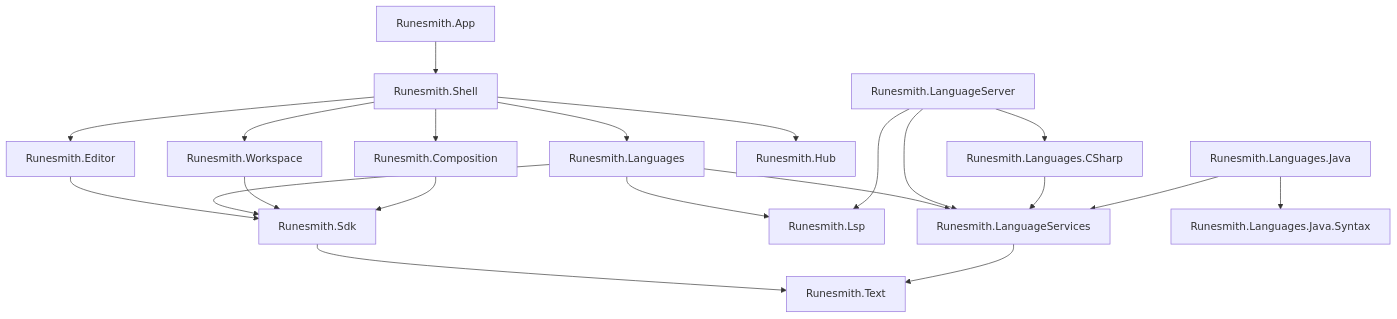
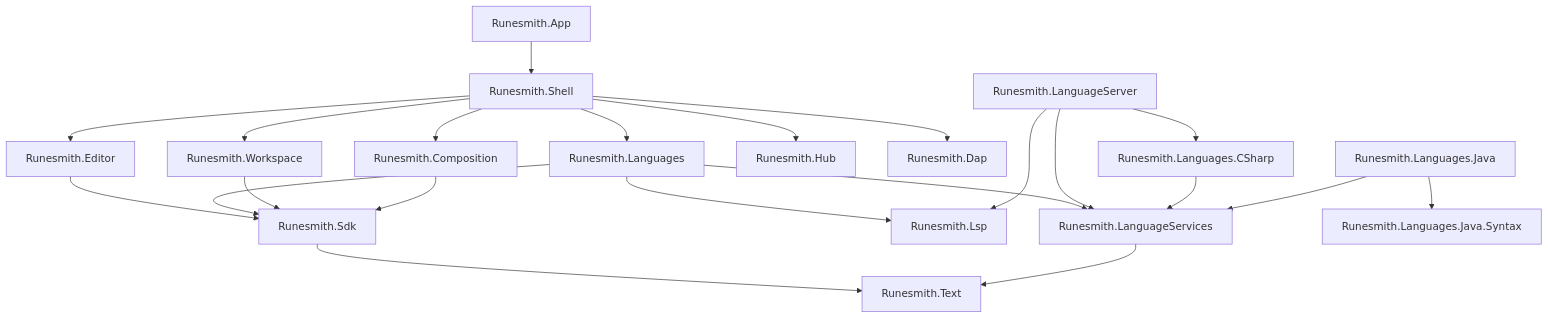
Before and after one commit to RunesmithHub/Runesmith: the diagram in website/content/developers/projects.mdx, drawn with Mermaid. The commit also changed other lines of this file and 18 other files, not shown here.

````diff
--- a/website/content/developers/projects.mdx
+++ b/website/content/developers/projects.mdx
@@ -40,23 +40,24 @@
 ```mermaid
 graph TD
   App[Runesmith.App] --> Shell[Runesmith.Shell]
   Shell --> Editor[Runesmith.Editor]
   Shell --> Languages[Runesmith.Languages]
   Shell --> Workspace[Runesmith.Workspace]
   Shell --> Composition[Runesmith.Composition]
   Shell --> Hub[Runesmith.Hub]
+  Shell --> Dap[Runesmith.Dap]
   Editor --> Sdk[Runesmith.Sdk]
   Languages --> Sdk
   Languages --> Lsp[Runesmith.Lsp]
   Languages --> LanguageServices[Runesmith.LanguageServices]
   LanguageServer[Runesmith.LanguageServer] --> LanguageServices
   LanguageServer --> Lsp
   LanguageServer --> CSharpAnalyzer
   Workspace --> Sdk
   Composition --> Sdk
   Sdk --> Text[Runesmith.Text]
   LanguageServices --> Text
   CSharpAnalyzer[Runesmith.Languages.CSharp] --> LanguageServices
   JavaAnalyzer[Runesmith.Languages.Java] --> JavaSyntax[Runesmith.Languages.Java.Syntax]
   JavaAnalyzer --> LanguageServices
 ```
````
